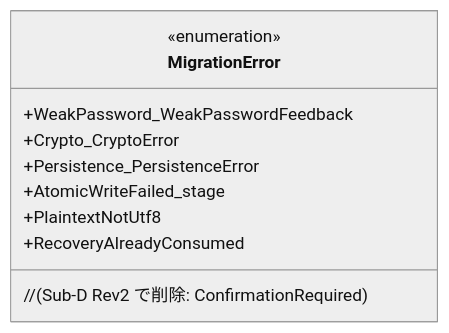
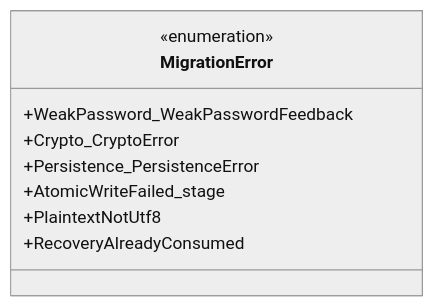
One commit to shikomi-dev/shikomi changed the diagram in docs/features/vault-encryption/detailed-design/repository-and-migration.md. Above: the diagram before and after it, drawn with Mermaid (neutral theme). The commit also changed other lines of this file and 2 other files, not shown here.

First line of the commit message:
docs(vault-encryption): Sub-D Rev3 — purge ConfirmError/ConfirmationRequired references

````diff
--- a/docs/features/vault-encryption/detailed-design/repository-and-migration.md
+++ b/docs/features/vault-encryption/detailed-design/repository-and-migration.md
@@ -347,13 +347,12 @@
 ```mermaid
 classDiagram
     class MigrationError {
         <<enumeration>>
         +WeakPassword_WeakPasswordFeedback
         +Crypto_CryptoError
         +Persistence_PersistenceError
         +AtomicWriteFailed_stage
-        // (Sub-D Rev2 で削除: ConfirmationRequired)
         +PlaintextNotUtf8
         +RecoveryAlreadyConsumed
     }
 ```
````
